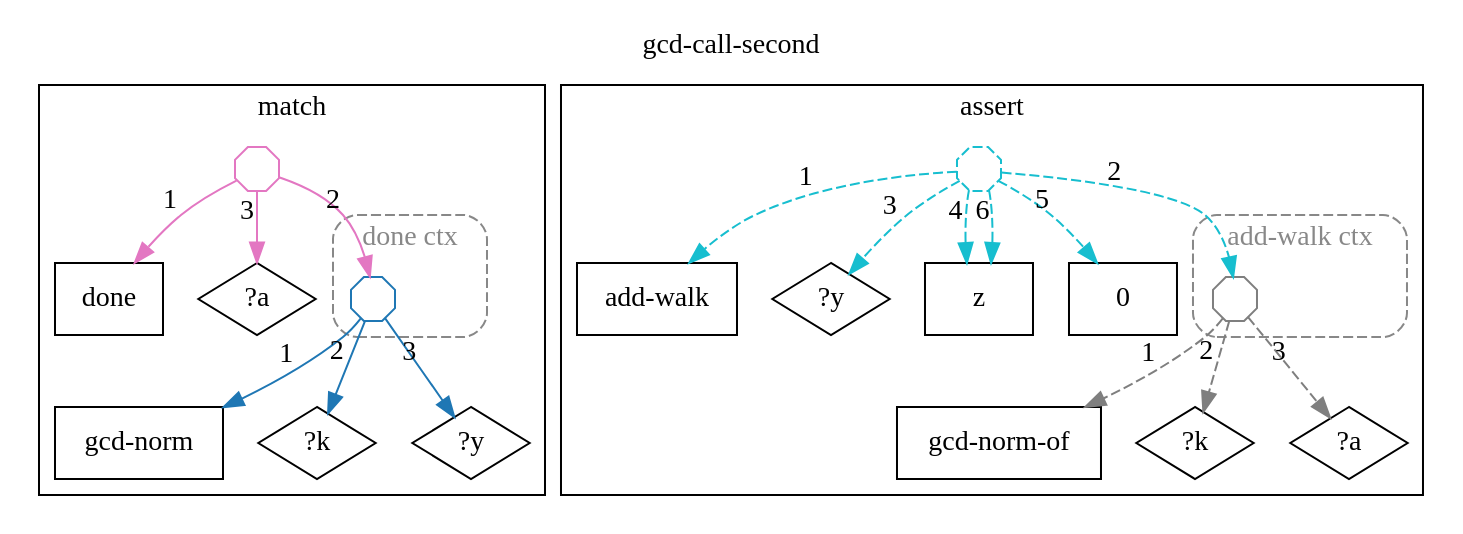
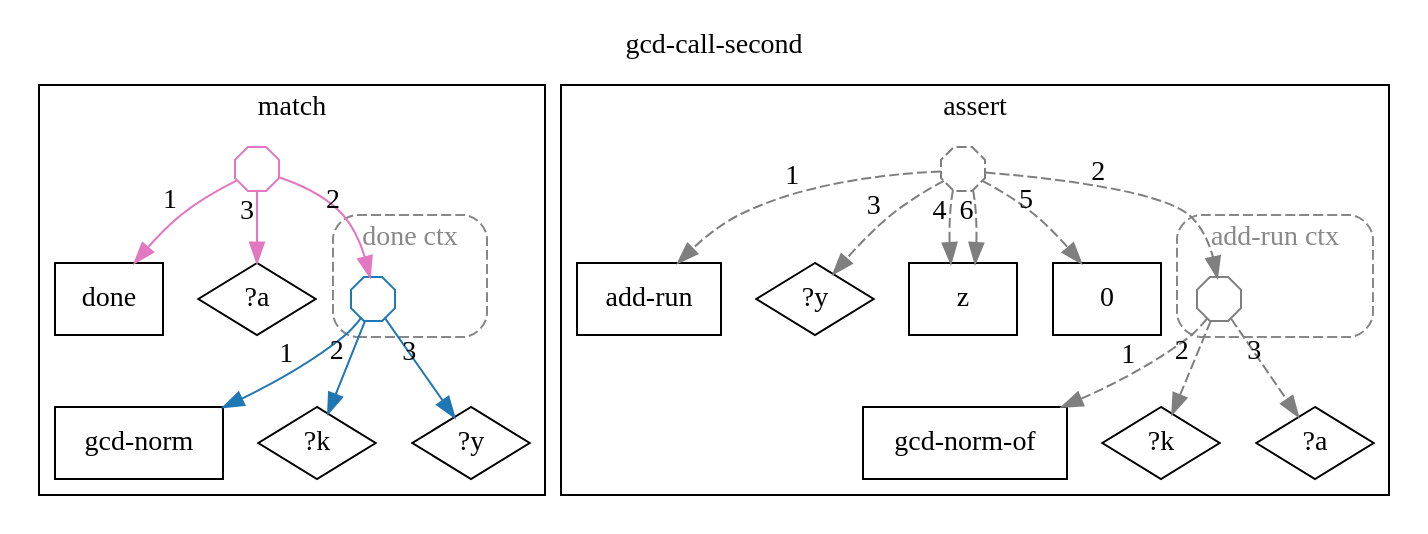
One commit to agutikov/ein changed the diagram in docs/ein/user/04-reference/04-stdlib/diagrams/13-std.math.gcd.gcd-call-second.dot. Above: the diagram before and after it, drawn with Graphviz. The commit also changed 347 other files, not shown here.

```diff
--- a/docs/ein/user/04-reference/04-stdlib/diagrams/13-std.math.gcd.gcd-call-second.dot
+++ b/docs/ein/user/04-reference/04-stdlib/diagrams/13-std.math.gcd.gcd-call-second.dot
@@ -1,45 +1,45 @@
 digraph rule_gcd_call_second_lhs_rhs {
   rankdir=TB;
   label="gcd-call-second"; labelloc=t;
   subgraph cluster_lhs { label="match";
     "done_L" [label="done", shape=box];
     "gcd-norm_L" [label="gcd-norm", shape=box];
     "?k_L" [label="?k", shape=diamond];
     "?y_L" [label="?y", shape=diamond];
     "?a_L" [label="?a", shape=diamond];
     subgraph cluster_ctx_L_0 {
       label="done ctx"; style="dashed,rounded"; color="#888888"; fontcolor="#888888";
       "(gcd-norm ?k ?y)_L" [shape=octagon, label="", width=0.3, height=0.3, fixedsize=true, color="#1f77b4"];
     }
     "h1_done_L" [shape=octagon, label="", width=0.3, height=0.3, fixedsize=true, color="#e377c2"];
     "h1_done_L" -> "done_L" [xlabel="1", color="#e377c2"];
     "h1_done_L" -> "(gcd-norm ?k ?y)_L" [xlabel="2", color="#e377c2"];
     "h1_done_L" -> "?a_L" [xlabel="3", color="#e377c2"];
     "(gcd-norm ?k ?y)_L" -> "gcd-norm_L" [xlabel="1", color="#1f77b4"];
     "(gcd-norm ?k ?y)_L" -> "?k_L" [xlabel="2", color="#1f77b4"];
     "(gcd-norm ?k ?y)_L" -> "?y_L" [xlabel="3", color="#1f77b4"];
   }
   subgraph cluster_rhs { label="assert";
-    "add-walk_R" [label="add-walk", shape=box];
+    "add-run_R" [label="add-run", shape=box];
     "gcd-norm-of_R" [label="gcd-norm-of", shape=box];
     "?k_R" [label="?k", shape=diamond];
     "?a_R" [label="?a", shape=diamond];
     "?y_R" [label="?y", shape=diamond];
     "z_R" [label="z", shape=box];
     "0_R" [label="0", shape=box];
     subgraph cluster_ctx_R_0 {
-      label="add-walk ctx"; style="dashed,rounded"; color="#888888"; fontcolor="#888888";
+      label="add-run ctx"; style="dashed,rounded"; color="#888888"; fontcolor="#888888";
       "(gcd-norm-of ?k ?a)_R" [shape=octagon, label="", width=0.3, height=0.3, fixedsize=true, color="#7f7f7f"];
     }
-    "h2_add-walk_R" [shape=octagon, label="", width=0.3, height=0.3, fixedsize=true, color="#17becf", style=dashed];
-    "h2_add-walk_R" -> "add-walk_R" [xlabel="1", color="#17becf", style=dashed];
-    "h2_add-walk_R" -> "(gcd-norm-of ?k ?a)_R" [xlabel="2", color="#17becf", style=dashed];
-    "h2_add-walk_R" -> "?y_R" [xlabel="3", color="#17becf", style=dashed];
-    "h2_add-walk_R" -> "z_R" [xlabel="4", color="#17becf", style=dashed];
-    "h2_add-walk_R" -> "0_R" [xlabel="5", color="#17becf", style=dashed];
-    "h2_add-walk_R" -> "z_R" [xlabel="6", color="#17becf", style=dashed];
+    "h2_add-run_R" [shape=octagon, label="", width=0.3, height=0.3, fixedsize=true, color="#7f7f7f", style=dashed];
+    "h2_add-run_R" -> "add-run_R" [xlabel="1", color="#7f7f7f", style=dashed];
+    "h2_add-run_R" -> "(gcd-norm-of ?k ?a)_R" [xlabel="2", color="#7f7f7f", style=dashed];
+    "h2_add-run_R" -> "?y_R" [xlabel="3", color="#7f7f7f", style=dashed];
+    "h2_add-run_R" -> "z_R" [xlabel="4", color="#7f7f7f", style=dashed];
+    "h2_add-run_R" -> "0_R" [xlabel="5", color="#7f7f7f", style=dashed];
+    "h2_add-run_R" -> "z_R" [xlabel="6", color="#7f7f7f", style=dashed];
     "(gcd-norm-of ?k ?a)_R" -> "gcd-norm-of_R" [xlabel="1", color="#7f7f7f", style=dashed];
     "(gcd-norm-of ?k ?a)_R" -> "?k_R" [xlabel="2", color="#7f7f7f", style=dashed];
     "(gcd-norm-of ?k ?a)_R" -> "?a_R" [xlabel="3", color="#7f7f7f", style=dashed];
   }
 }
```
